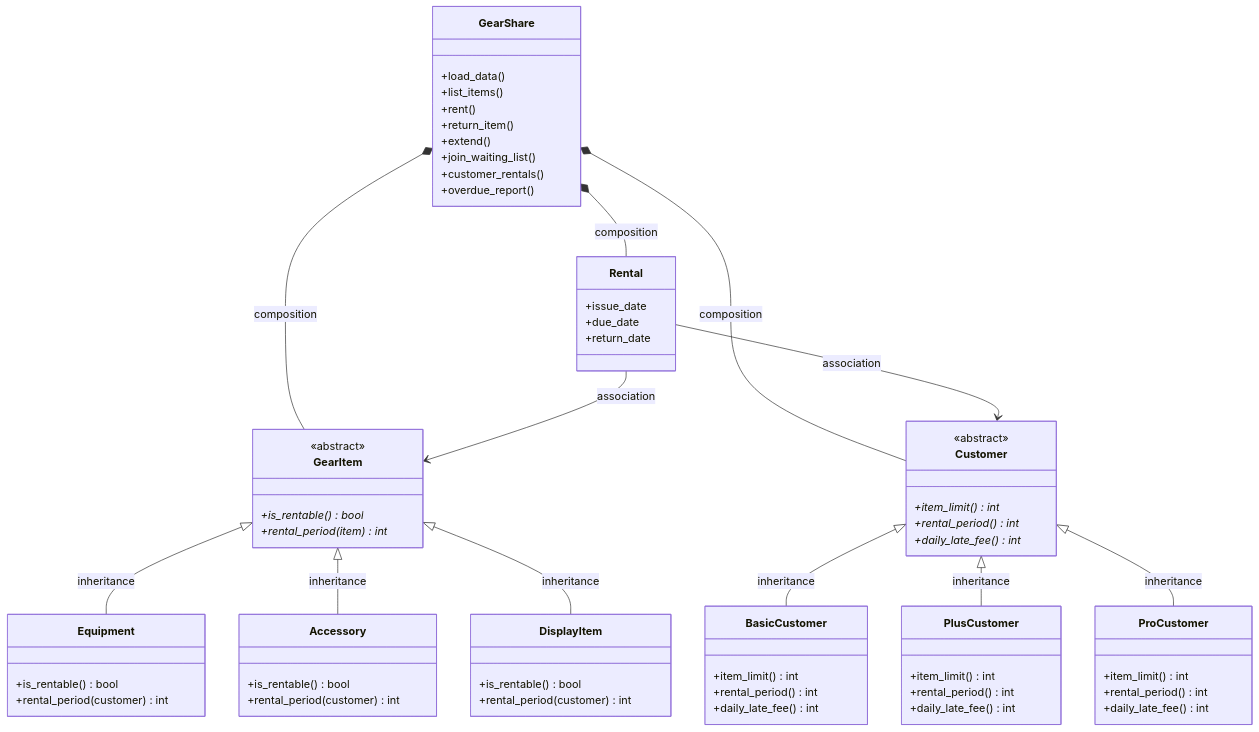
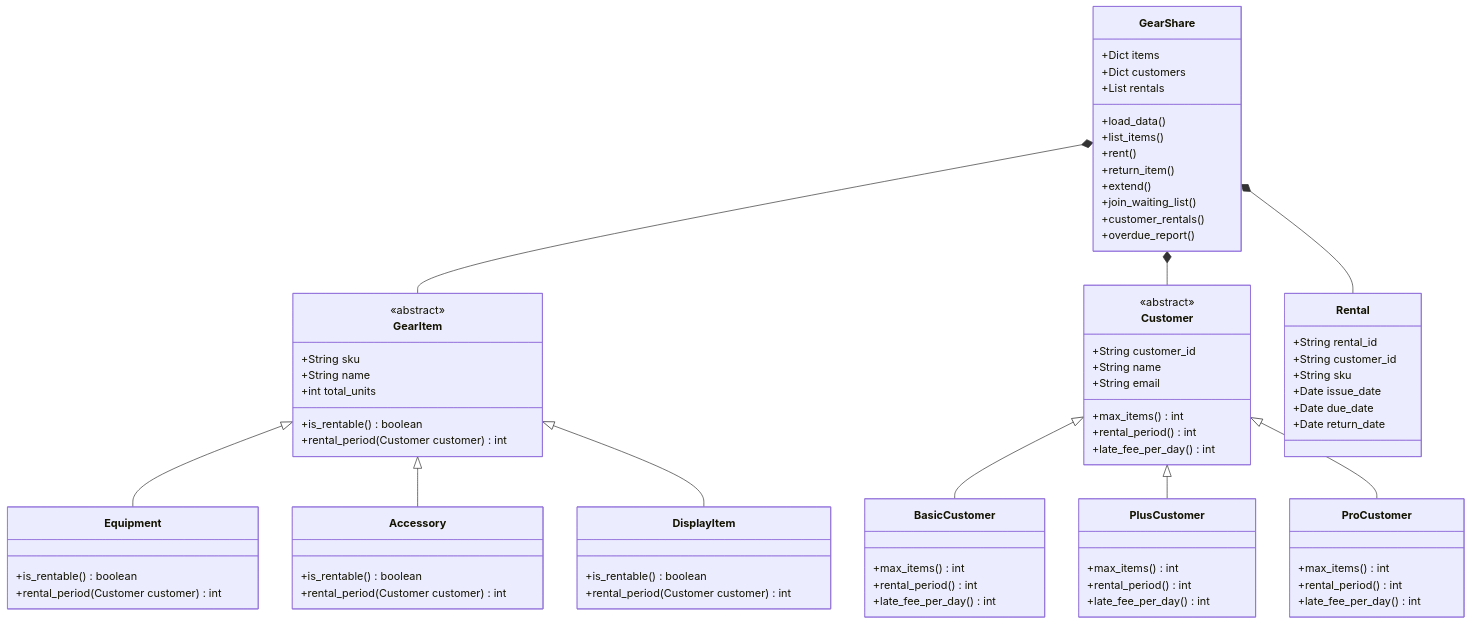
The diagram in docs/design.md (Laya-projects/GearShare), drawn with Mermaid before and after one commit. The commit also changed other lines of this file and 3 other files, not shown here.

Commit message:
1.1 Design: class diagram and CRC cards

````diff
--- a/docs/design.md
+++ b/docs/design.md
@@ -5,70 +5,80 @@
 ```mermaid
 classDiagram
-    GearItem <|-- Equipment : inheritance
-    GearItem <|-- Accessory : inheritance
-    GearItem <|-- DisplayItem : inheritance
-    Customer <|-- BasicCustomer : inheritance
-    Customer <|-- PlusCustomer : inheritance
-    Customer <|-- ProCustomer : inheritance
-    GearShare *-- GearItem : composition
-    GearShare *-- Customer : composition
-    GearShare *-- Rental : composition
-    Rental --> GearItem : association
-    Rental --> Customer : association
+    GearItem <|-- Equipment
+    GearItem <|-- Accessory
+    GearItem <|-- DisplayItem
+    Customer <|-- BasicCustomer
+    Customer <|-- PlusCustomer
+    Customer <|-- ProCustomer
+    GearShare *-- GearItem
+    GearShare *-- Customer
+    GearShare *-- Rental
 
     class GearItem {
         <<abstract>>
-        +is_rentable()* bool
-        +rental_period(item)* int
+        +String sku
+        +String name
+        +int total_units
+        +is_rentable() boolean
+        +rental_period(Customer customer) int
     }
 
     class Equipment {
-        +is_rentable() bool
-        +rental_period(customer) int
+        +is_rentable() boolean
+        +rental_period(Customer customer) int
     }
 
     class Accessory {
-        +is_rentable() bool
-        +rental_period(customer) int
+        +is_rentable() boolean
+        +rental_period(Customer customer) int
     }
 
     class DisplayItem {
-        +is_rentable() bool
-        +rental_period(customer) int
+        +is_rentable() boolean
+        +rental_period(Customer customer) int
     }
 
     class Customer {
         <<abstract>>
-        +item_limit()* int
-        +rental_period()* int
-        +daily_late_fee()* int
+        +String customer_id
+        +String name
+        +String email
+        +max_items() int
+        +rental_period() int
+        +late_fee_per_day() int
     }
 
     class BasicCustomer {
-        +item_limit() int
+        +max_items() int
         +rental_period() int
-        +daily_late_fee() int
+        +late_fee_per_day() int
     }
 
     class PlusCustomer {
-        +item_limit() int
+        +max_items() int
         +rental_period() int
-        +daily_late_fee() int
+        +late_fee_per_day() int
     }
 
     class ProCustomer {
-        +item_limit() int
+        +max_items() int
         +rental_period() int
-        +daily_late_fee() int
+        +late_fee_per_day() int
     }
 
     class Rental {
-        +issue_date
-        +due_date
-        +return_date
+        +String rental_id
+        +String customer_id
+        +String sku
+        +Date issue_date
+        +Date due_date
+        +Date return_date
     }
 
     class GearShare {
+        +Dict items
+        +Dict customers
+        +List rentals
         +load_data()
         +list_items()
         +rent()
````
